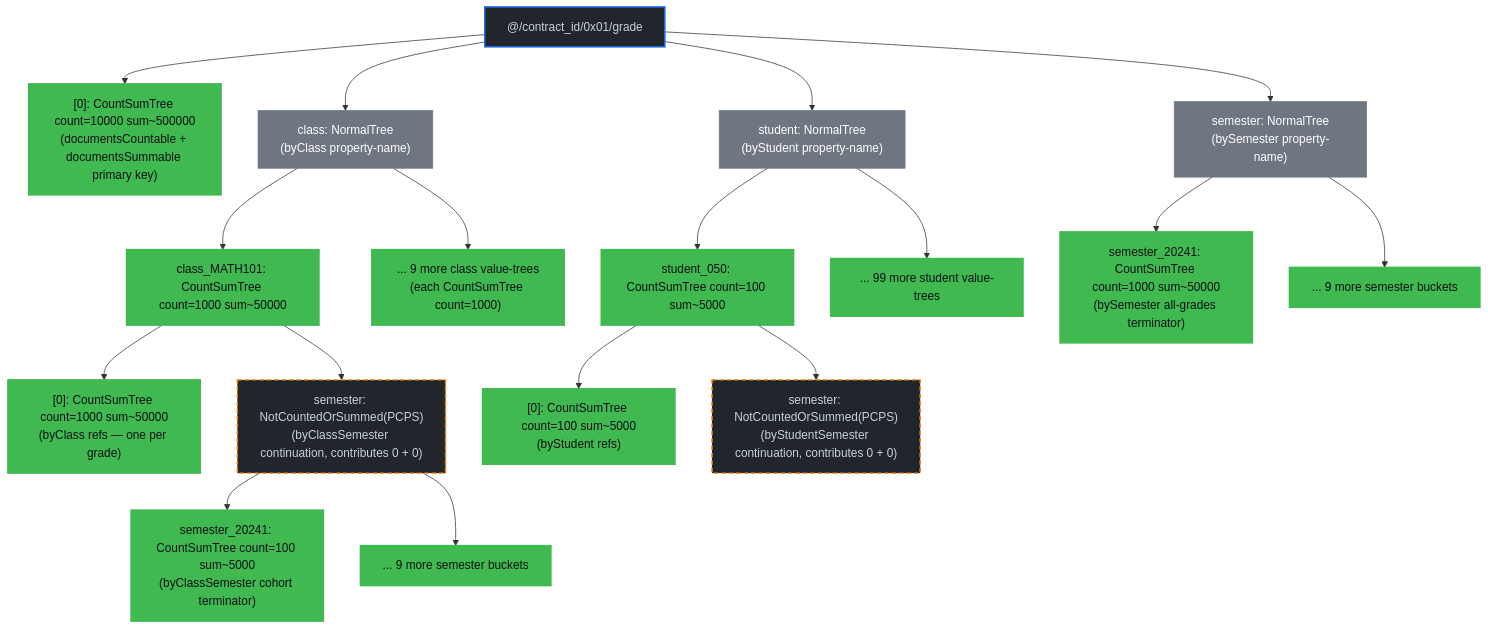
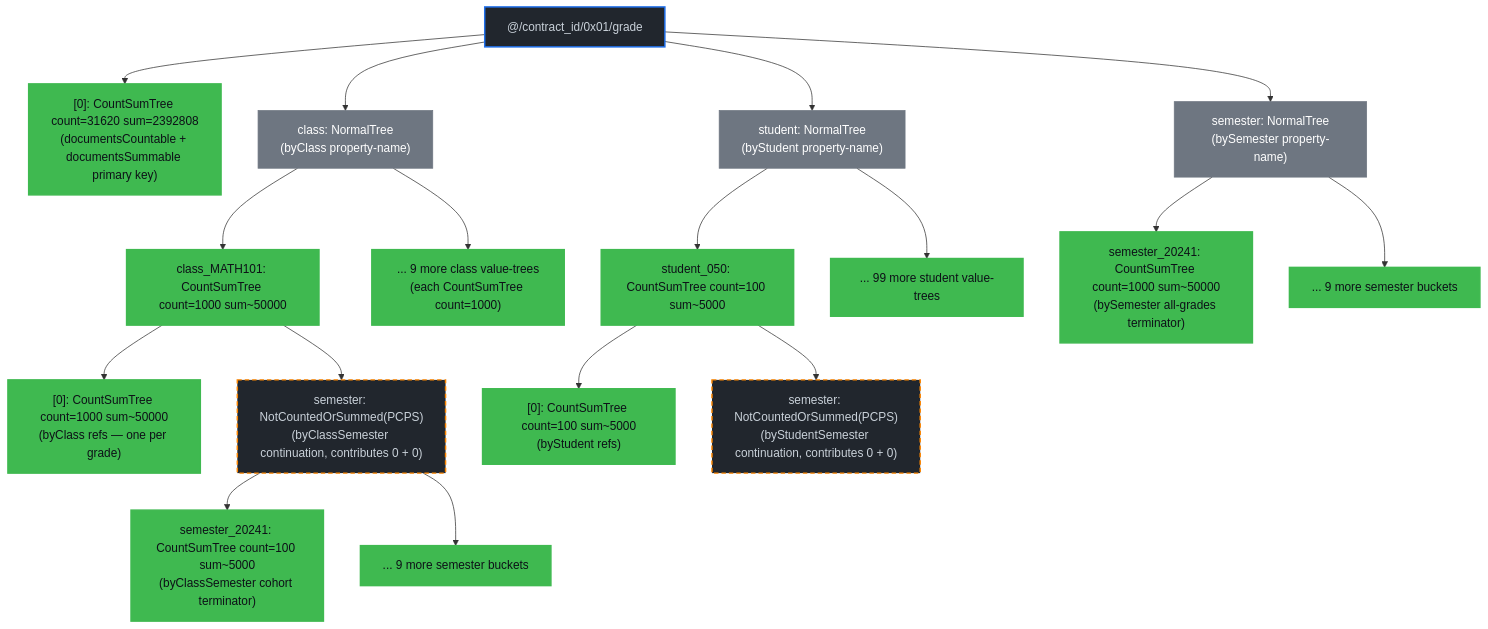
Before and after one commit to dashpay/platform: the diagram in book/src/drive/average-index-examples.md, drawn with Mermaid. The commit also changed other lines of this file and 2 other files, not shown here.

````diff
--- a/book/src/drive/average-index-examples.md
+++ b/book/src/drive/average-index-examples.md
@@ -130,33 +128,33 @@
 ```mermaid
 flowchart TB
   TD["@/contract_id/0x01/grade"]:::tree
 
-  TD --> PK["[0]: CountSumTree count=10000 sum~500000<br/>(documentsCountable + documentsSummable primary key)"]:::csnode
+  TD --> PK["[0]: CountSumTree count=31620 sum=2392808<br/>(documentsCountable + documentsSummable primary key)"]:::csnode
   TD --> CL["class: NormalTree<br/>(byClass property-name)"]:::node
   TD --> ST["student: NormalTree<br/>(byStudent property-name)"]:::node
   TD --> SM["semester: NormalTree<br/>(bySemester property-name)"]:::node
 
   CL --> CL_M["class_MATH101: CountSumTree count=1000 sum~50000"]:::csnode
   CL --> CL_P["... 9 more class value-trees<br/>(each CountSumTree count=1000)"]:::csnode
 
   CL_M --> CL_M_0["[0]: CountSumTree count=1000 sum~50000<br/>(byClass refs — one per grade)"]:::csnode
   CL_M --> CL_M_S["semester: NotCountedOrSummed(PCPS)<br/>(byClassSemester continuation, contributes 0 + 0)"]:::nonboth
 
   CL_M_S --> CL_M_S_241["semester_20241: CountSumTree count=100 sum~5000<br/>(byClassSemester cohort terminator)"]:::csnode
   CL_M_S --> CL_M_S_more["... 9 more semester buckets"]:::csnode
 
   ST --> ST_X["student_050: CountSumTree count=100 sum~5000"]:::csnode
   ST --> ST_more["... 99 more student value-trees"]:::csnode
 
   ST_X --> ST_X_0["[0]: CountSumTree count=100 sum~5000<br/>(byStudent refs)"]:::csnode
   ST_X --> ST_X_S["semester: NotCountedOrSummed(PCPS)<br/>(byStudentSemester continuation, contributes 0 + 0)"]:::nonboth
 
   SM --> SM_241["semester_20241: CountSumTree count=1000 sum~50000<br/>(bySemester all-grades terminator)"]:::csnode
   SM --> SM_more["... 9 more semester buckets"]:::csnode
 
   classDef tree fill:#21262d,color:#c9d1d9,stroke:#1f6feb,stroke-width:2px;
   classDef node fill:#6e7681,color:#fff,stroke:#6e7681;
   classDef csnode fill:#3fb950,color:#0d1117,stroke:#3fb950,stroke-width:2px;
   classDef pcpsnode fill:#d29922,color:#0d1117,stroke:#d29922,stroke-width:2px;
   classDef nonboth fill:#21262d,color:#c9d1d9,stroke:#fb8500,stroke-width:2px,stroke-dasharray: 6 4;
 ```
````
